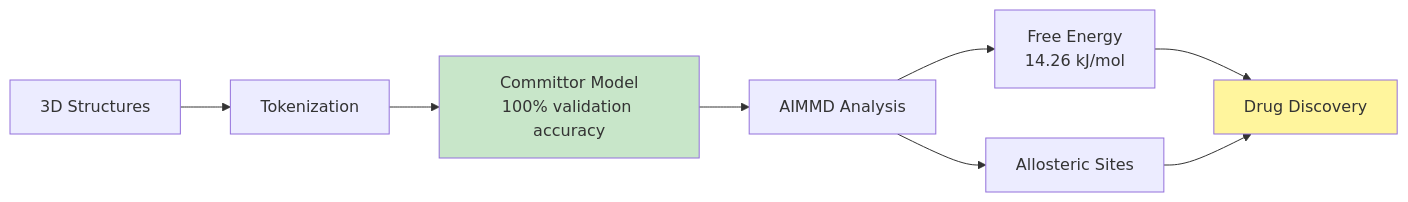
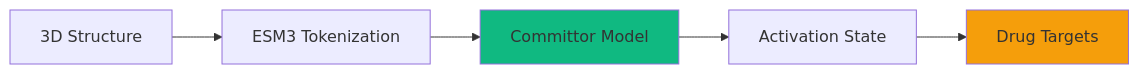
One commit to Varosync/Jinja changed the diagram in README.md. Above: the diagram before and after it, drawn with Mermaid. The commit also changed other lines of this file, not shown here.

````diff
--- a/README.md
+++ b/README.md
@@ -11,13 +15,9 @@
 ```mermaid
 graph LR
-    A[3D Structures] --> B[Tokenization]
-    B --> C[Committor Model<br/>100% validation accuracy]
-    C --> D[AIMMD Analysis]
-    D --> E[Free Energy<br/>14.26 kJ/mol]
-    D --> F[Allosteric Sites]
-    E --> G[Drug Discovery]
-    F --> G
-    
-    style C fill:#c8e6c9
-    style G fill:#fff59d
+    A[3D Structure] --> B[ESM3 Tokenization]
+    B --> C[Committor Model]
+    C --> D[Activation State]
+    D --> E[Drug Targets]
+    style C fill:#10b981
+    style E fill:#f59e0b
 ```
````
